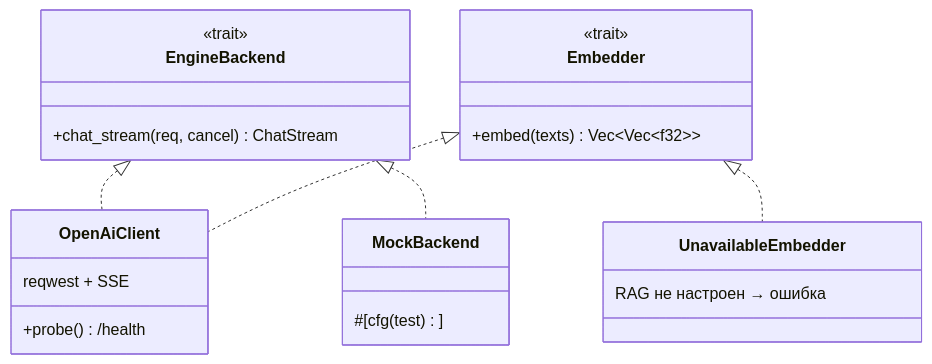
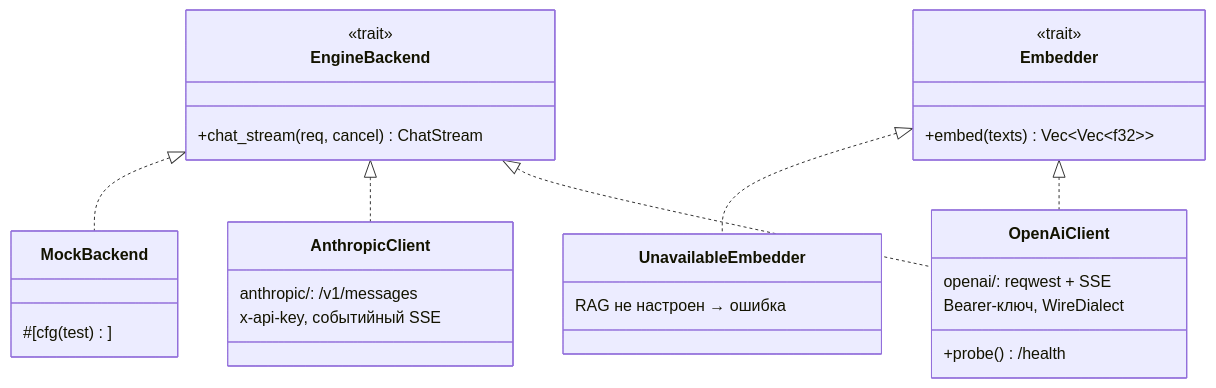
Before and after one commit to vshylov/mindfork-rs: the sixth of 12 diagrams in docs/architecture.md, drawn with Mermaid. The commit also changed other lines of this file and 19 other files, not shown here.

First line of the commit message:
feat(api): мульти-провайдерный инференс (OpenAI / Gemini / Anthropic)

````diff
--- a/docs/architecture.md
+++ b/docs/architecture.md
@@ -367,25 +376,31 @@
 ```mermaid
 classDiagram
     class EngineBackend {
         <<trait>>
         +chat_stream(req, cancel) ChatStream
     }
     class Embedder {
         <<trait>>
         +embed(texts) Vec~Vec~f32~~
     }
     class OpenAiClient {
-        reqwest + SSE
+        openai/: reqwest + SSE
         +probe() /health
+        Bearer-ключ, WireDialect
+    }
+    class AnthropicClient {
+        anthropic/: /v1/messages
+        x-api-key, событийный SSE
     }
     class UnavailableEmbedder {
         RAG не настроен → ошибка
     }
     class MockBackend {
         #[cfg(test)]
     }
     EngineBackend <|.. OpenAiClient
+    EngineBackend <|.. AnthropicClient
     EngineBackend <|.. MockBackend
     Embedder <|.. OpenAiClient
     Embedder <|.. UnavailableEmbedder
 ```
````
